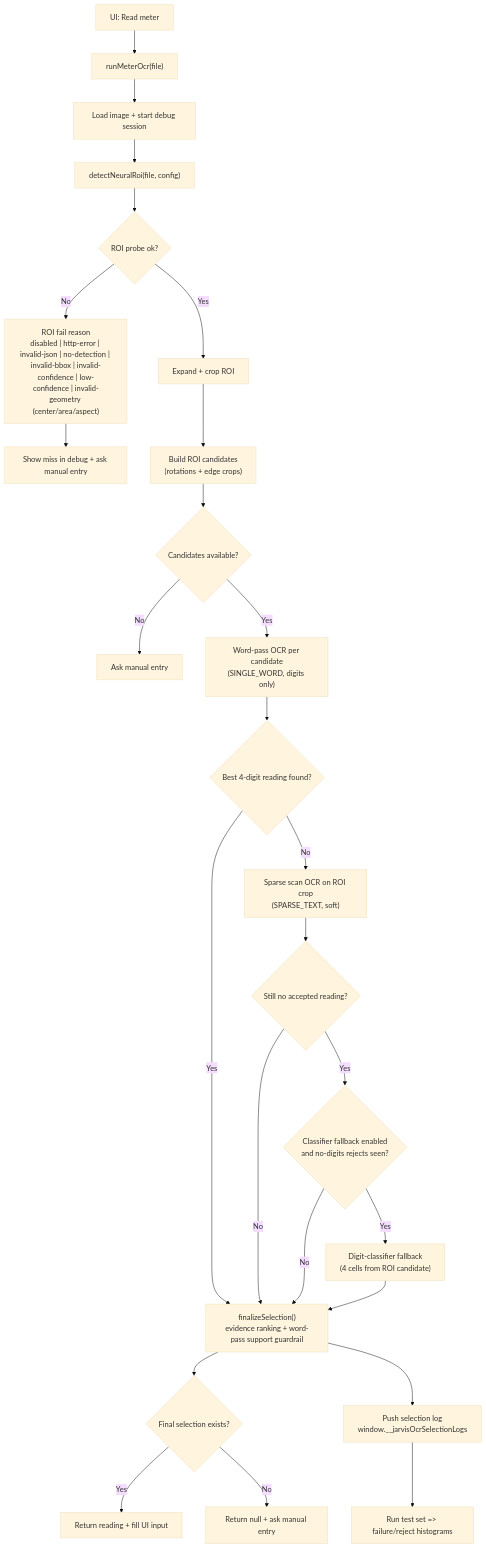
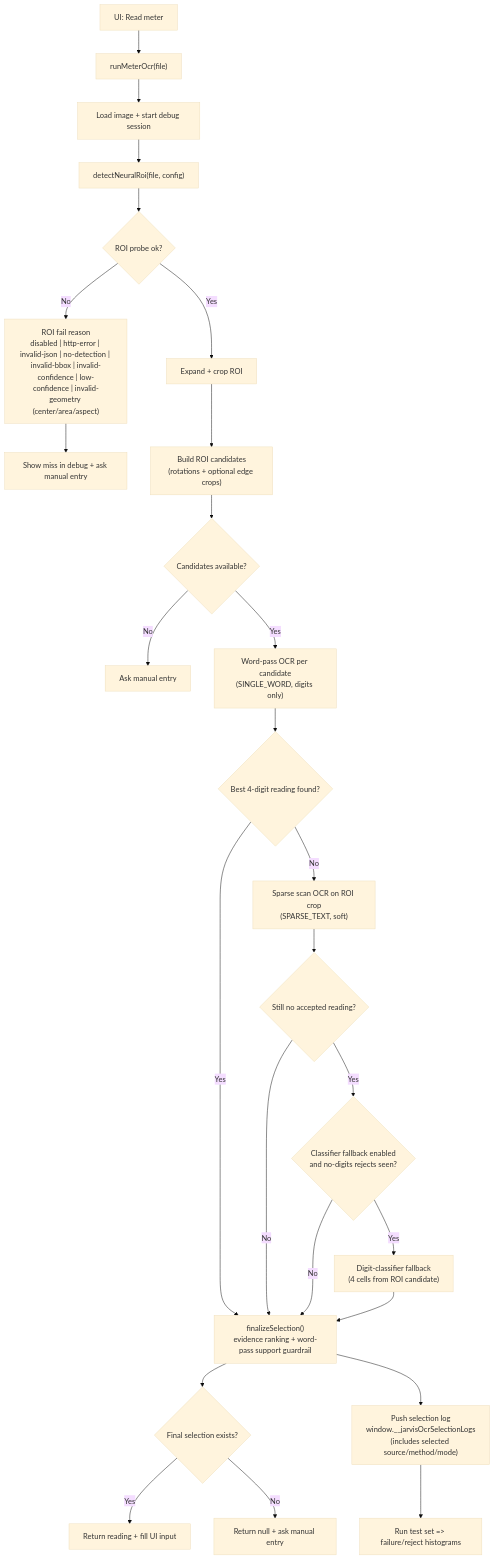
The diagram in docs/app-logic.md (AndreaPi/Jarvis), drawn with Mermaid (base theme) before and after one commit. The commit also changed other lines of this file and 5 other files, not shown here.

Commit message:
docs(ocr): sync guides and roi-diff reporting details

````diff
--- a/docs/app-logic.md
+++ b/docs/app-logic.md
@@ -7,33 +7,33 @@
 ```mermaid
 flowchart TD
   A["UI: Read meter"] --> B["runMeterOcr(file)"]
   B --> C["Load image + start debug session"]
   C --> D["detectNeuralRoi(file, config)"]
   D --> E{"ROI probe ok?"}
 
   E -- "No" --> F["ROI fail reason<br/>disabled | http-error | invalid-json | no-detection | invalid-bbox | invalid-confidence | low-confidence | invalid-geometry (center/area/aspect)"]
   F --> G["Show miss in debug + ask manual entry"]
 
   E -- "Yes" --> H["Expand + crop ROI"]
-  H --> I["Build ROI candidates<br/>(rotations + edge crops)"]
+  H --> I["Build ROI candidates<br/>(rotations + optional edge crops)"]
   I --> J{"Candidates available?"}
   J -- "No" --> K["Ask manual entry"]
   J -- "Yes" --> L["Word-pass OCR per candidate<br/>(SINGLE_WORD, digits only)"]
 
   L --> M{"Best 4-digit reading found?"}
   M -- "No" --> N["Sparse scan OCR on ROI crop<br/>(SPARSE_TEXT, soft)"]
   M -- "Yes" --> O["finalizeSelection()<br/>evidence ranking + word-pass support guardrail"]
   N --> N2{"Still no accepted reading?"}
   N2 -- "No" --> O
   N2 -- "Yes" --> N3{"Classifier fallback enabled<br/>and no-digits rejects seen?"}
   N3 -- "No" --> O
   N3 -- "Yes" --> N4["Digit-classifier fallback<br/>(4 cells from ROI candidate)"]
   N4 --> O
 
   O --> P{"Final selection exists?"}
   P -- "Yes" --> Q["Return reading + fill UI input"]
   P -- "No" --> R["Return null + ask manual entry"]
 
-  O --> S["Push selection log<br/>window.__jarvisOcrSelectionLogs"]
+  O --> S["Push selection log<br/>window.__jarvisOcrSelectionLogs<br/>(includes selected source/method/mode)"]
   S --> T["Run test set => failure/reject histograms"]
 ```
````
